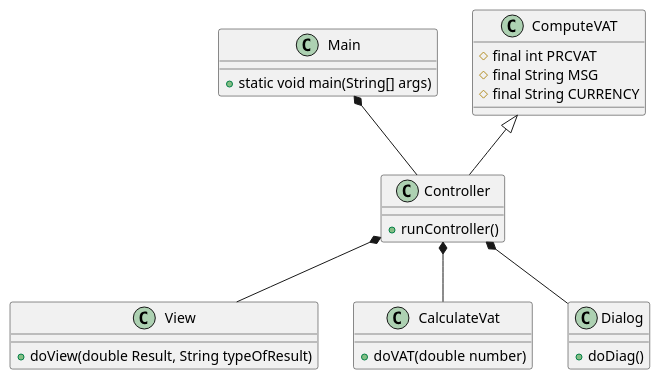
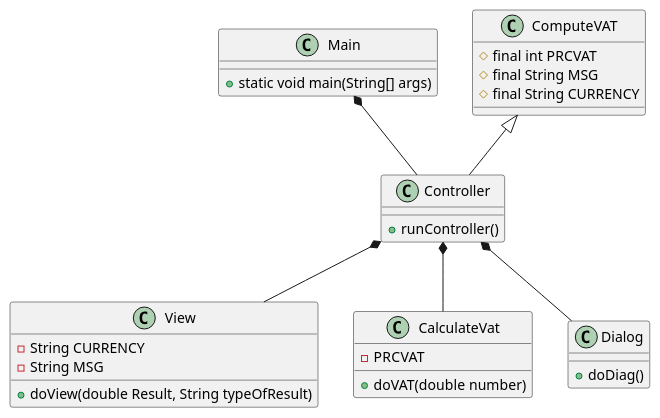
One commit to coerth/Opgaver changed the diagram in 13-10-21-Torsdag/uge11-master/Task_2/Class Diagram.puml. Above: the diagram before and after it, drawn with PlantUML. The commit also changed 21 other files, not shown here.

```diff
--- a/13-10-21-Torsdag/uge11-master/Task_2/Class Diagram.puml
+++ b/13-10-21-Torsdag/uge11-master/Task_2/Class Diagram.puml
@@ -1,24 +1,27 @@
 @startuml
 'https://plantuml.com/class-diagram
 
 Main *-- Controller
 ComputeVAT <|-- Controller
 Controller *-- View
 Controller *-- CalculateVat
 Controller *-- Dialog
 
 Main : + static void main(String[] args)
 
 Controller : + runController()
 
+View : - String CURRENCY
+View : - String MSG
 View : + doView(double Result, String typeOfResult)
 
+CalculateVat : - PRCVAT
 CalculateVat : + doVAT(double number)
 
 Dialog : + doDiag()
 
 ComputeVAT : # final int PRCVAT
 ComputeVAT : # final String MSG
 ComputeVAT : # final String CURRENCY
 
 @enduml
```
